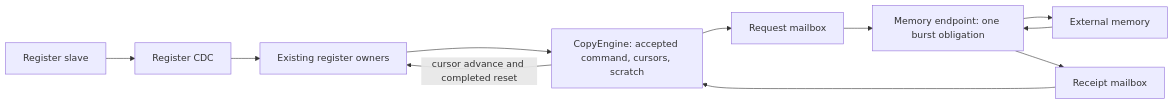
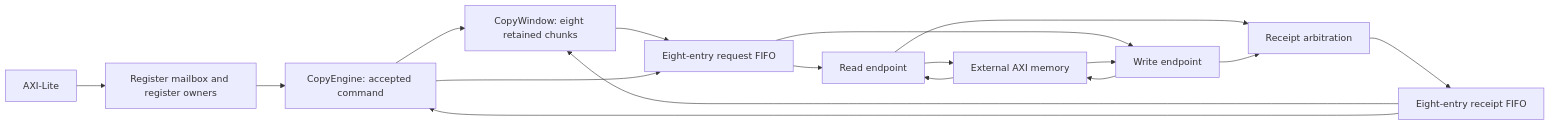
The diagram in docs/rtl/minimal-copy.md (shady831213/pdma), drawn with Mermaid before and after one commit. The commit also changed other lines of this file and 79 other files, not shown here.

````diff
--- a/docs/rtl/minimal-copy.md
+++ b/docs/rtl/minimal-copy.md
@@ -15,13 +10,19 @@
 ```mermaid
 flowchart LR
-  SW[Register slave] --> RC[Register CDC]
-  RC --> REG[Existing register owners]
-  REG --> ENG[CopyEngine: accepted command, cursors, scratch]
-  ENG --> REQ[Request mailbox]
-  REQ --> AXI[Memory endpoint: one burst obligation]
-  AXI --> MEM[External memory]
-  MEM --> AXI
-  AXI --> RESP[Receipt mailbox]
-  RESP --> ENG
-  ENG -->|cursor advance and completed reset| REG
+  SW[AXI-Lite] --> CSR[Register mailbox and register owners]
+  CSR --> CMD[CopyEngine: accepted command]
+  CMD --> WIN[CopyWindow: eight retained chunks]
+  WIN --> REQ[Eight-entry request FIFO]
+  CMD --> REQ
+  REQ --> RD[Read endpoint]
+  REQ --> WR[Write endpoint]
+  RD --> MEM[External AXI memory]
+  WR --> MEM
+  MEM --> RD
+  MEM --> WR
+  RD --> MERGE[Receipt arbitration]
+  WR --> MERGE
+  MERGE --> RESP[Eight-entry receipt FIFO]
+  RESP --> WIN
+  RESP --> CMD
 ```
````
